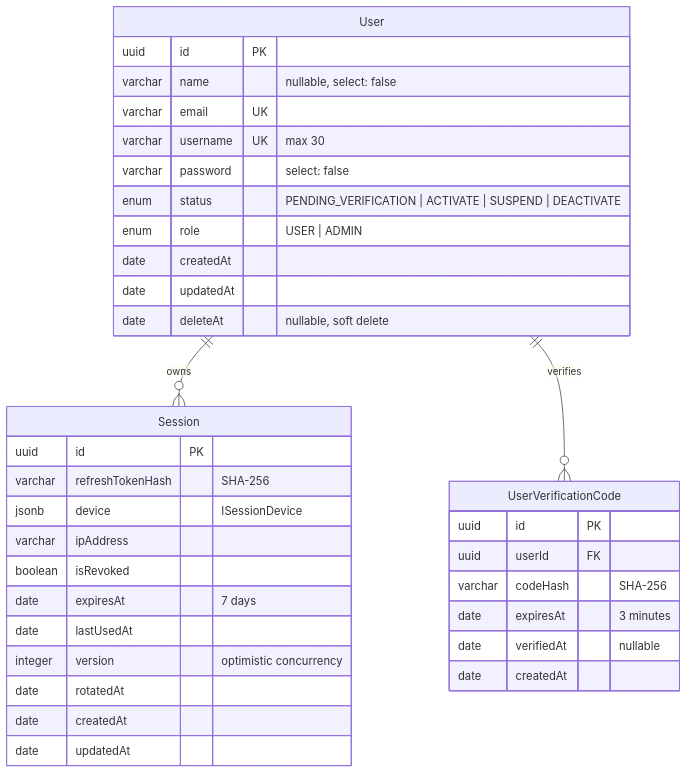
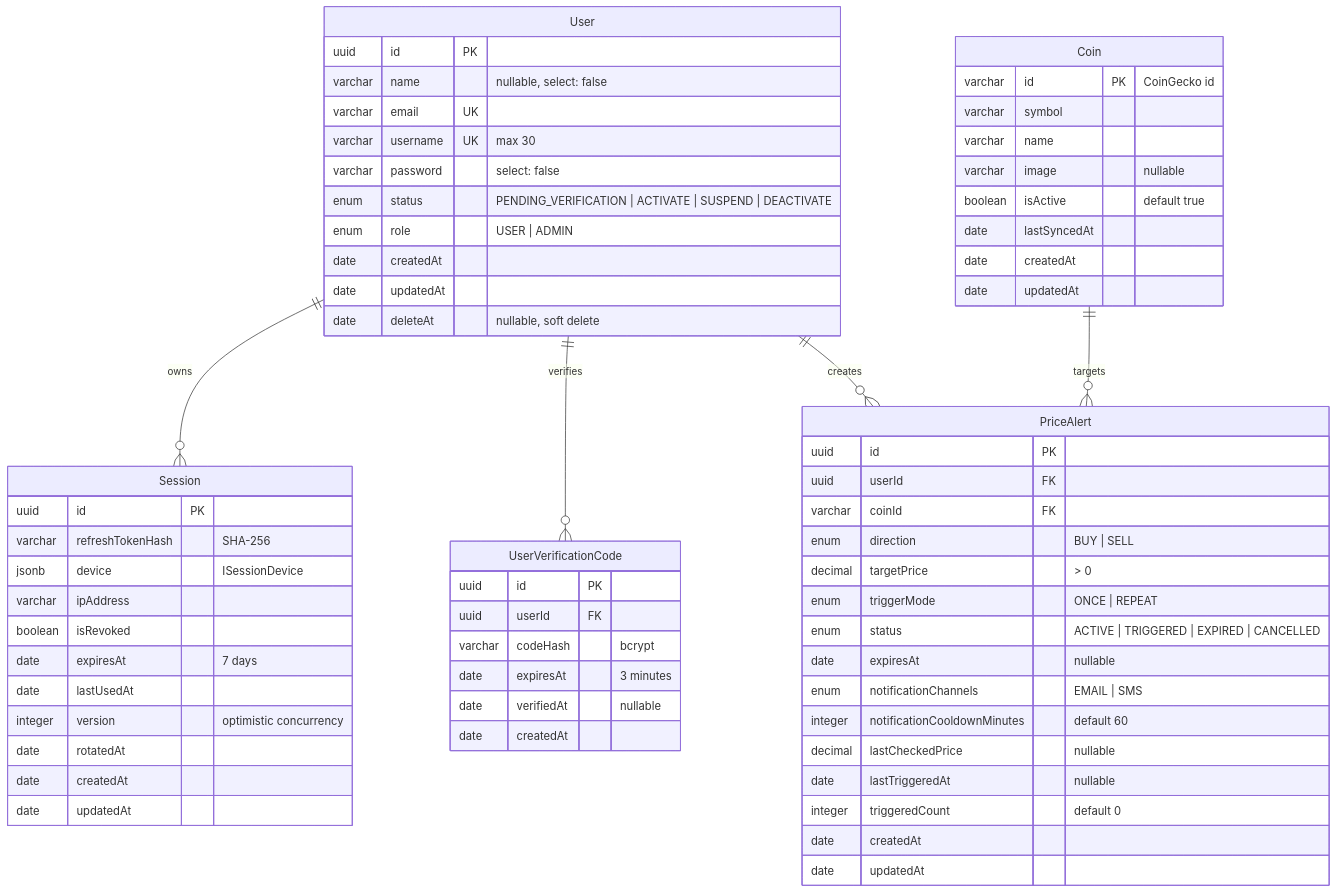
The fifth of 7 diagrams in docs/diagrams.md (l1mindr/nest-backend), drawn with Mermaid before and after one commit. The commit also changed other lines of this file and 18 other files, not shown here.

````diff
--- a/docs/diagrams.md
+++ b/docs/diagrams.md
@@ -166,41 +164,72 @@
 ```mermaid
 erDiagram
     User ||--o{ Session : owns
     User ||--o{ UserVerificationCode : verifies
+    User ||--o{ PriceAlert : creates
+    Coin ||--o{ PriceAlert : targets
 
     User {
         uuid id PK
         varchar name "nullable, select: false"
         varchar email UK
         varchar username UK "max 30"
         varchar password "select: false"
         enum status "PENDING_VERIFICATION | ACTIVATE | SUSPEND | DEACTIVATE"
         enum role "USER | ADMIN"
         date createdAt
         date updatedAt
         date deleteAt "nullable, soft delete"
     }
 
     Session {
         uuid id PK
         varchar refreshTokenHash "SHA-256"
         jsonb device "ISessionDevice"
         varchar ipAddress
         boolean isRevoked
         date expiresAt "7 days"
         date lastUsedAt
         integer version "optimistic concurrency"
         date rotatedAt
         date createdAt
         date updatedAt
     }
 
     UserVerificationCode {
         uuid id PK
         uuid userId FK
-        varchar codeHash "SHA-256"
+        varchar codeHash "bcrypt"
         date expiresAt "3 minutes"
         date verifiedAt "nullable"
         date createdAt
     }
+
+    Coin {
+        varchar id PK "CoinGecko id"
+        varchar symbol
+        varchar name
+        varchar image "nullable"
+        boolean isActive "default true"
+        date lastSyncedAt
+        date createdAt
+        date updatedAt
+    }
+
+    PriceAlert {
+        uuid id PK
+        uuid userId FK
+        varchar coinId FK
+        enum direction "BUY | SELL"
+        decimal targetPrice "> 0"
+        enum triggerMode "ONCE | REPEAT"
+        enum status "ACTIVE | TRIGGERED | EXPIRED | CANCELLED"
+        date expiresAt "nullable"
+        enum notificationChannels "EMAIL | SMS"
+        integer notificationCooldownMinutes "default 60"
+        decimal lastCheckedPrice "nullable"
+        date lastTriggeredAt "nullable"
+        integer triggeredCount "default 0"
+        date createdAt
+        date updatedAt
+    }
 ```
````
